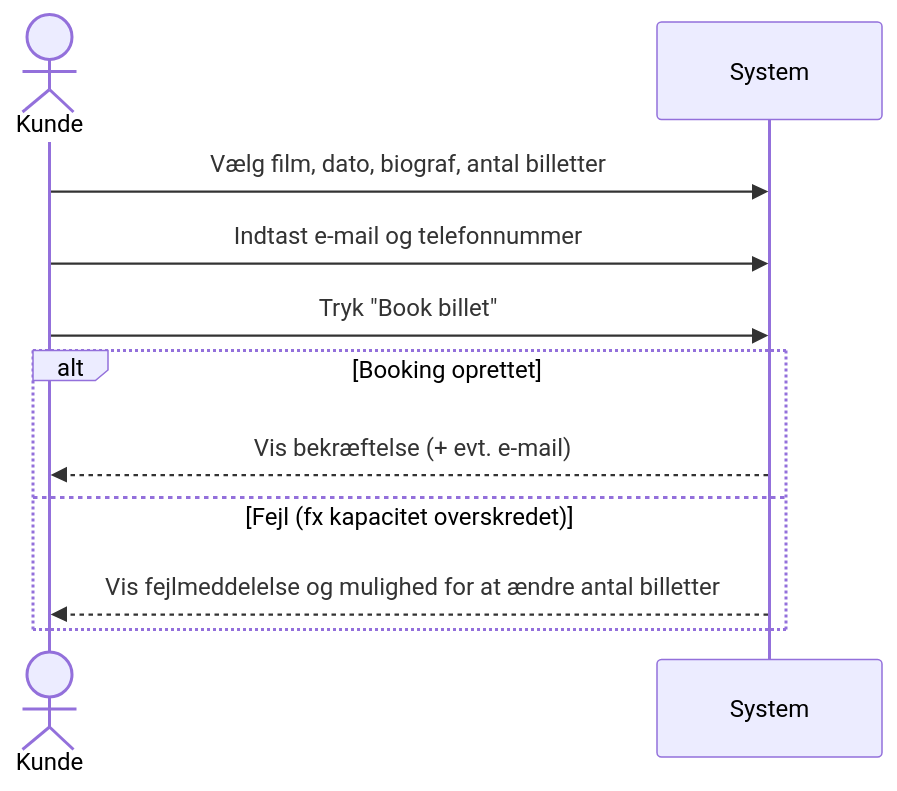
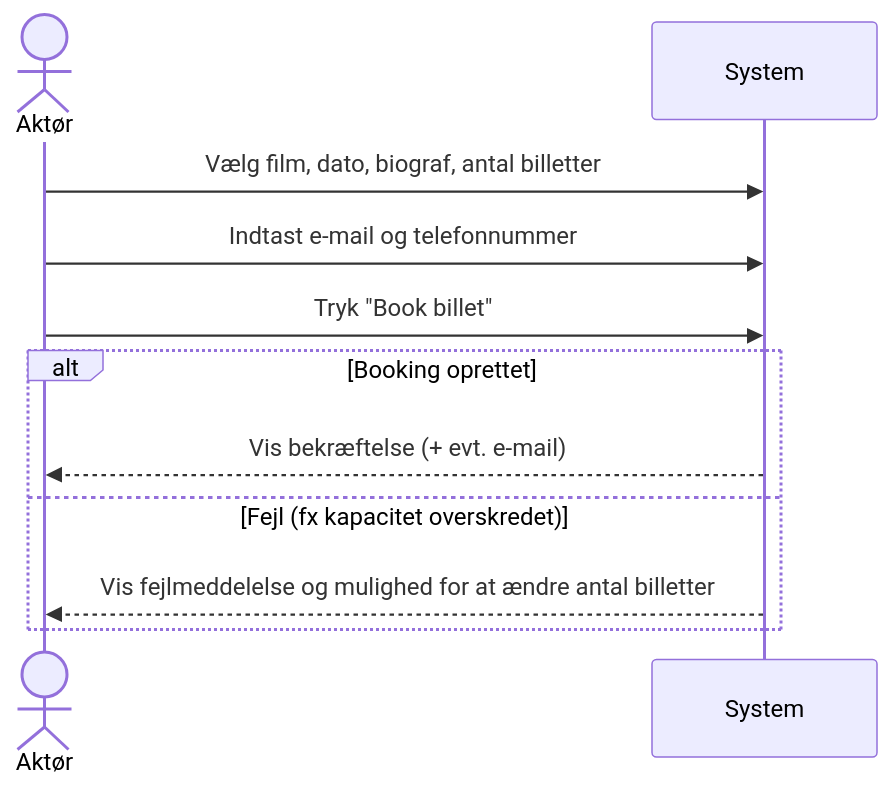
Before and after one commit to DMOoF25/TheMovie: the diagram in docs/Scenarie 3 UC2/SD S3 UC2.mmd, drawn with Mermaid.

Commit message:
Update SD S3 UC2.mmd

```diff
--- a/docs/Scenarie 3 UC2/SD S3 UC2.mmd
+++ b/docs/Scenarie 3 UC2/SD S3 UC2.mmd
@@ -1,12 +1,12 @@
 sequenceDiagram
-    actor Kunde
+   actor Aktør
     participant System
 
-    Kunde->>System: Vælg film, dato, biograf, antal billetter
-    Kunde->>System: Indtast e-mail og telefonnummer
-    Kunde->>System: Tryk "Book billet"
+    Aktør->>System: Vælg film, dato, biograf, antal billetter
+    Aktør->>System: Indtast e-mail og telefonnummer
+    Aktør->>System: Tryk "Book billet"
     alt Booking oprettet
-        System-->>Kunde: Vis bekræftelse (+ evt. e-mail)
+        System-->>Aktør: Vis bekræftelse (+ evt. e-mail)
     else Fejl (fx kapacitet overskredet)
-        System-->>Kunde: Vis fejlmeddelelse og mulighed for at ændre antal billetter
+        System-->>Aktør: Vis fejlmeddelelse og mulighed for at ændre antal billetter
     end
```
